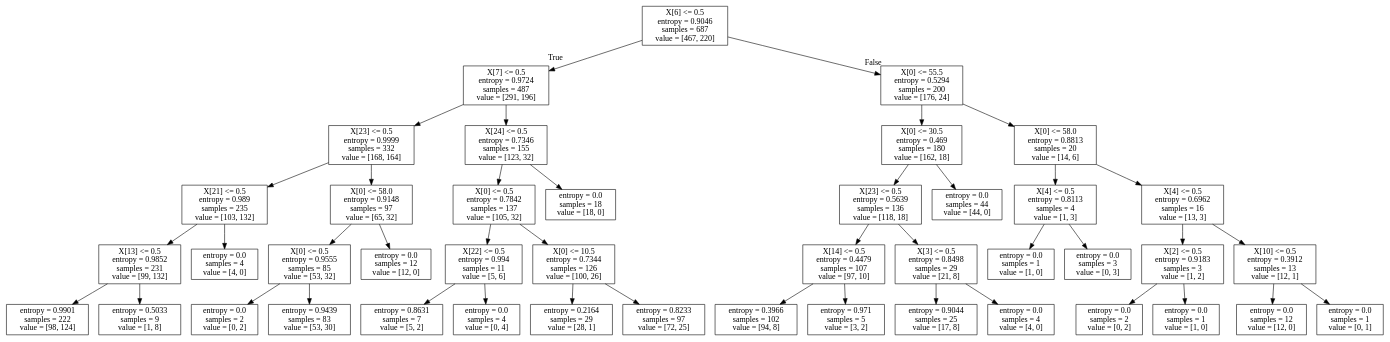
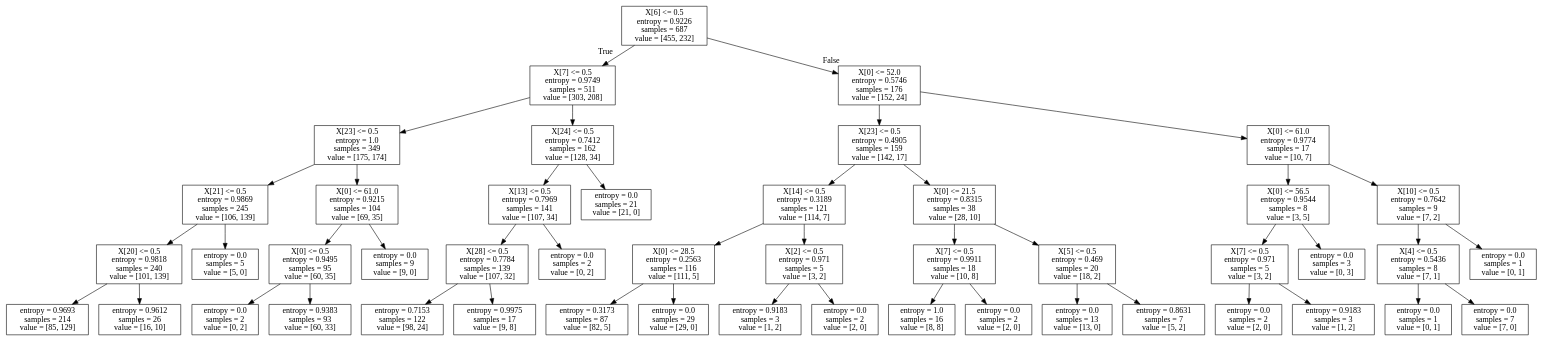
One commit to Chen-Wei-Ming/Python-DataMining changed the diagram in output/homework1.dot. Above: the diagram before and after it, drawn with Graphviz. The commit also changed 14 other files, not shown here.

```diff
--- a/output/homework1.dot
+++ b/output/homework1.dot
@@ -1,88 +1,96 @@
 digraph Tree {
 node [shape=box] ;
-0 [label="X[6] <= 0.5\nentropy = 0.9046\nsamples = 687\nvalue = [467, 220]"] ;
-1 [label="X[7] <= 0.5\nentropy = 0.9724\nsamples = 487\nvalue = [291, 196]"] ;
+0 [label="X[6] <= 0.5\nentropy = 0.9226\nsamples = 687\nvalue = [455, 232]"] ;
+1 [label="X[7] <= 0.5\nentropy = 0.9749\nsamples = 511\nvalue = [303, 208]"] ;
 0 -> 1 [labeldistance=2.5, labelangle=45, headlabel="True"] ;
-2 [label="X[23] <= 0.5\nentropy = 0.9999\nsamples = 332\nvalue = [168, 164]"] ;
+2 [label="X[23] <= 0.5\nentropy = 1.0\nsamples = 349\nvalue = [175, 174]"] ;
 1 -> 2 ;
-3 [label="X[21] <= 0.5\nentropy = 0.989\nsamples = 235\nvalue = [103, 132]"] ;
+3 [label="X[21] <= 0.5\nentropy = 0.9869\nsamples = 245\nvalue = [106, 139]"] ;
 2 -> 3 ;
-4 [label="X[13] <= 0.5\nentropy = 0.9852\nsamples = 231\nvalue = [99, 132]"] ;
+4 [label="X[20] <= 0.5\nentropy = 0.9818\nsamples = 240\nvalue = [101, 139]"] ;
 3 -> 4 ;
-5 [label="entropy = 0.9901\nsamples = 222\nvalue = [98, 124]"] ;
+5 [label="entropy = 0.9693\nsamples = 214\nvalue = [85, 129]"] ;
 4 -> 5 ;
-6 [label="entropy = 0.5033\nsamples = 9\nvalue = [1, 8]"] ;
+6 [label="entropy = 0.9612\nsamples = 26\nvalue = [16, 10]"] ;
 4 -> 6 ;
-7 [label="entropy = 0.0\nsamples = 4\nvalue = [4, 0]"] ;
+7 [label="entropy = 0.0\nsamples = 5\nvalue = [5, 0]"] ;
 3 -> 7 ;
-8 [label="X[0] <= 58.0\nentropy = 0.9148\nsamples = 97\nvalue = [65, 32]"] ;
+8 [label="X[0] <= 61.0\nentropy = 0.9215\nsamples = 104\nvalue = [69, 35]"] ;
 2 -> 8 ;
-9 [label="X[0] <= 0.5\nentropy = 0.9555\nsamples = 85\nvalue = [53, 32]"] ;
+9 [label="X[0] <= 0.5\nentropy = 0.9495\nsamples = 95\nvalue = [60, 35]"] ;
 8 -> 9 ;
 10 [label="entropy = 0.0\nsamples = 2\nvalue = [0, 2]"] ;
 9 -> 10 ;
-11 [label="entropy = 0.9439\nsamples = 83\nvalue = [53, 30]"] ;
+11 [label="entropy = 0.9383\nsamples = 93\nvalue = [60, 33]"] ;
 9 -> 11 ;
-12 [label="entropy = 0.0\nsamples = 12\nvalue = [12, 0]"] ;
+12 [label="entropy = 0.0\nsamples = 9\nvalue = [9, 0]"] ;
 8 -> 12 ;
-13 [label="X[24] <= 0.5\nentropy = 0.7346\nsamples = 155\nvalue = [123, 32]"] ;
+13 [label="X[24] <= 0.5\nentropy = 0.7412\nsamples = 162\nvalue = [128, 34]"] ;
 1 -> 13 ;
-14 [label="X[0] <= 0.5\nentropy = 0.7842\nsamples = 137\nvalue = [105, 32]"] ;
+14 [label="X[13] <= 0.5\nentropy = 0.7969\nsamples = 141\nvalue = [107, 34]"] ;
 13 -> 14 ;
-15 [label="X[22] <= 0.5\nentropy = 0.994\nsamples = 11\nvalue = [5, 6]"] ;
+15 [label="X[28] <= 0.5\nentropy = 0.7784\nsamples = 139\nvalue = [107, 32]"] ;
 14 -> 15 ;
-16 [label="entropy = 0.8631\nsamples = 7\nvalue = [5, 2]"] ;
+16 [label="entropy = 0.7153\nsamples = 122\nvalue = [98, 24]"] ;
 15 -> 16 ;
-17 [label="entropy = 0.0\nsamples = 4\nvalue = [0, 4]"] ;
+17 [label="entropy = 0.9975\nsamples = 17\nvalue = [9, 8]"] ;
 15 -> 17 ;
-18 [label="X[0] <= 10.5\nentropy = 0.7344\nsamples = 126\nvalue = [100, 26]"] ;
+18 [label="entropy = 0.0\nsamples = 2\nvalue = [0, 2]"] ;
 14 -> 18 ;
-19 [label="entropy = 0.2164\nsamples = 29\nvalue = [28, 1]"] ;
-18 -> 19 ;
-20 [label="entropy = 0.8233\nsamples = 97\nvalue = [72, 25]"] ;
-18 -> 20 ;
-21 [label="entropy = 0.0\nsamples = 18\nvalue = [18, 0]"] ;
-13 -> 21 ;
-22 [label="X[0] <= 55.5\nentropy = 0.5294\nsamples = 200\nvalue = [176, 24]"] ;
-0 -> 22 [labeldistance=2.5, labelangle=-45, headlabel="False"] ;
-23 [label="X[0] <= 30.5\nentropy = 0.469\nsamples = 180\nvalue = [162, 18]"] ;
+19 [label="entropy = 0.0\nsamples = 21\nvalue = [21, 0]"] ;
+13 -> 19 ;
+20 [label="X[0] <= 52.0\nentropy = 0.5746\nsamples = 176\nvalue = [152, 24]"] ;
+0 -> 20 [labeldistance=2.5, labelangle=-45, headlabel="False"] ;
+21 [label="X[23] <= 0.5\nentropy = 0.4905\nsamples = 159\nvalue = [142, 17]"] ;
+20 -> 21 ;
+22 [label="X[14] <= 0.5\nentropy = 0.3189\nsamples = 121\nvalue = [114, 7]"] ;
+21 -> 22 ;
+23 [label="X[0] <= 28.5\nentropy = 0.2563\nsamples = 116\nvalue = [111, 5]"] ;
 22 -> 23 ;
-24 [label="X[23] <= 0.5\nentropy = 0.5639\nsamples = 136\nvalue = [118, 18]"] ;
+24 [label="entropy = 0.3173\nsamples = 87\nvalue = [82, 5]"] ;
 23 -> 24 ;
-25 [label="X[14] <= 0.5\nentropy = 0.4479\nsamples = 107\nvalue = [97, 10]"] ;
-24 -> 25 ;
-26 [label="entropy = 0.3966\nsamples = 102\nvalue = [94, 8]"] ;
-25 -> 26 ;
-27 [label="entropy = 0.971\nsamples = 5\nvalue = [3, 2]"] ;
-25 -> 27 ;
-28 [label="X[3] <= 0.5\nentropy = 0.8498\nsamples = 29\nvalue = [21, 8]"] ;
-24 -> 28 ;
-29 [label="entropy = 0.9044\nsamples = 25\nvalue = [17, 8]"] ;
-28 -> 29 ;
-30 [label="entropy = 0.0\nsamples = 4\nvalue = [4, 0]"] ;
-28 -> 30 ;
-31 [label="entropy = 0.0\nsamples = 44\nvalue = [44, 0]"] ;
-23 -> 31 ;
-32 [label="X[0] <= 58.0\nentropy = 0.8813\nsamples = 20\nvalue = [14, 6]"] ;
-22 -> 32 ;
-33 [label="X[4] <= 0.5\nentropy = 0.8113\nsamples = 4\nvalue = [1, 3]"] ;
-32 -> 33 ;
-34 [label="entropy = 0.0\nsamples = 1\nvalue = [1, 0]"] ;
+25 [label="entropy = 0.0\nsamples = 29\nvalue = [29, 0]"] ;
+23 -> 25 ;
+26 [label="X[2] <= 0.5\nentropy = 0.971\nsamples = 5\nvalue = [3, 2]"] ;
+22 -> 26 ;
+27 [label="entropy = 0.9183\nsamples = 3\nvalue = [1, 2]"] ;
+26 -> 27 ;
+28 [label="entropy = 0.0\nsamples = 2\nvalue = [2, 0]"] ;
+26 -> 28 ;
+29 [label="X[0] <= 21.5\nentropy = 0.8315\nsamples = 38\nvalue = [28, 10]"] ;
+21 -> 29 ;
+30 [label="X[7] <= 0.5\nentropy = 0.9911\nsamples = 18\nvalue = [10, 8]"] ;
+29 -> 30 ;
+31 [label="entropy = 1.0\nsamples = 16\nvalue = [8, 8]"] ;
+30 -> 31 ;
+32 [label="entropy = 0.0\nsamples = 2\nvalue = [2, 0]"] ;
+30 -> 32 ;
+33 [label="X[5] <= 0.5\nentropy = 0.469\nsamples = 20\nvalue = [18, 2]"] ;
+29 -> 33 ;
+34 [label="entropy = 0.0\nsamples = 13\nvalue = [13, 0]"] ;
 33 -> 34 ;
-35 [label="entropy = 0.0\nsamples = 3\nvalue = [0, 3]"] ;
+35 [label="entropy = 0.8631\nsamples = 7\nvalue = [5, 2]"] ;
 33 -> 35 ;
-36 [label="X[4] <= 0.5\nentropy = 0.6962\nsamples = 16\nvalue = [13, 3]"] ;
-32 -> 36 ;
-37 [label="X[2] <= 0.5\nentropy = 0.9183\nsamples = 3\nvalue = [1, 2]"] ;
+36 [label="X[0] <= 61.0\nentropy = 0.9774\nsamples = 17\nvalue = [10, 7]"] ;
+20 -> 36 ;
+37 [label="X[0] <= 56.5\nentropy = 0.9544\nsamples = 8\nvalue = [3, 5]"] ;
 36 -> 37 ;
-38 [label="entropy = 0.0\nsamples = 2\nvalue = [0, 2]"] ;
+38 [label="X[7] <= 0.5\nentropy = 0.971\nsamples = 5\nvalue = [3, 2]"] ;
 37 -> 38 ;
-39 [label="entropy = 0.0\nsamples = 1\nvalue = [1, 0]"] ;
-37 -> 39 ;
-40 [label="X[10] <= 0.5\nentropy = 0.3912\nsamples = 13\nvalue = [12, 1]"] ;
-36 -> 40 ;
-41 [label="entropy = 0.0\nsamples = 12\nvalue = [12, 0]"] ;
-40 -> 41 ;
-42 [label="entropy = 0.0\nsamples = 1\nvalue = [0, 1]"] ;
-40 -> 42 ;
+39 [label="entropy = 0.0\nsamples = 2\nvalue = [2, 0]"] ;
+38 -> 39 ;
+40 [label="entropy = 0.9183\nsamples = 3\nvalue = [1, 2]"] ;
+38 -> 40 ;
+41 [label="entropy = 0.0\nsamples = 3\nvalue = [0, 3]"] ;
+37 -> 41 ;
+42 [label="X[10] <= 0.5\nentropy = 0.7642\nsamples = 9\nvalue = [7, 2]"] ;
+36 -> 42 ;
+43 [label="X[4] <= 0.5\nentropy = 0.5436\nsamples = 8\nvalue = [7, 1]"] ;
+42 -> 43 ;
+44 [label="entropy = 0.0\nsamples = 1\nvalue = [0, 1]"] ;
+43 -> 44 ;
+45 [label="entropy = 0.0\nsamples = 7\nvalue = [7, 0]"] ;
+43 -> 45 ;
+46 [label="entropy = 0.0\nsamples = 1\nvalue = [0, 1]"] ;
+42 -> 46 ;
 }
```
